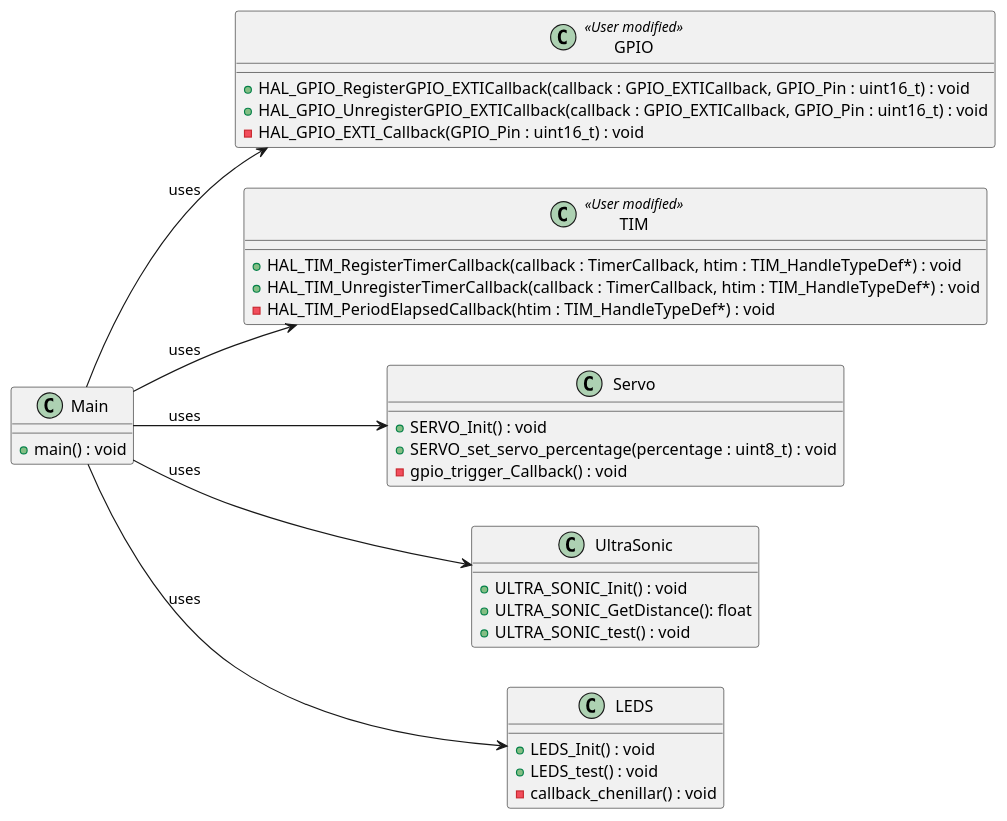
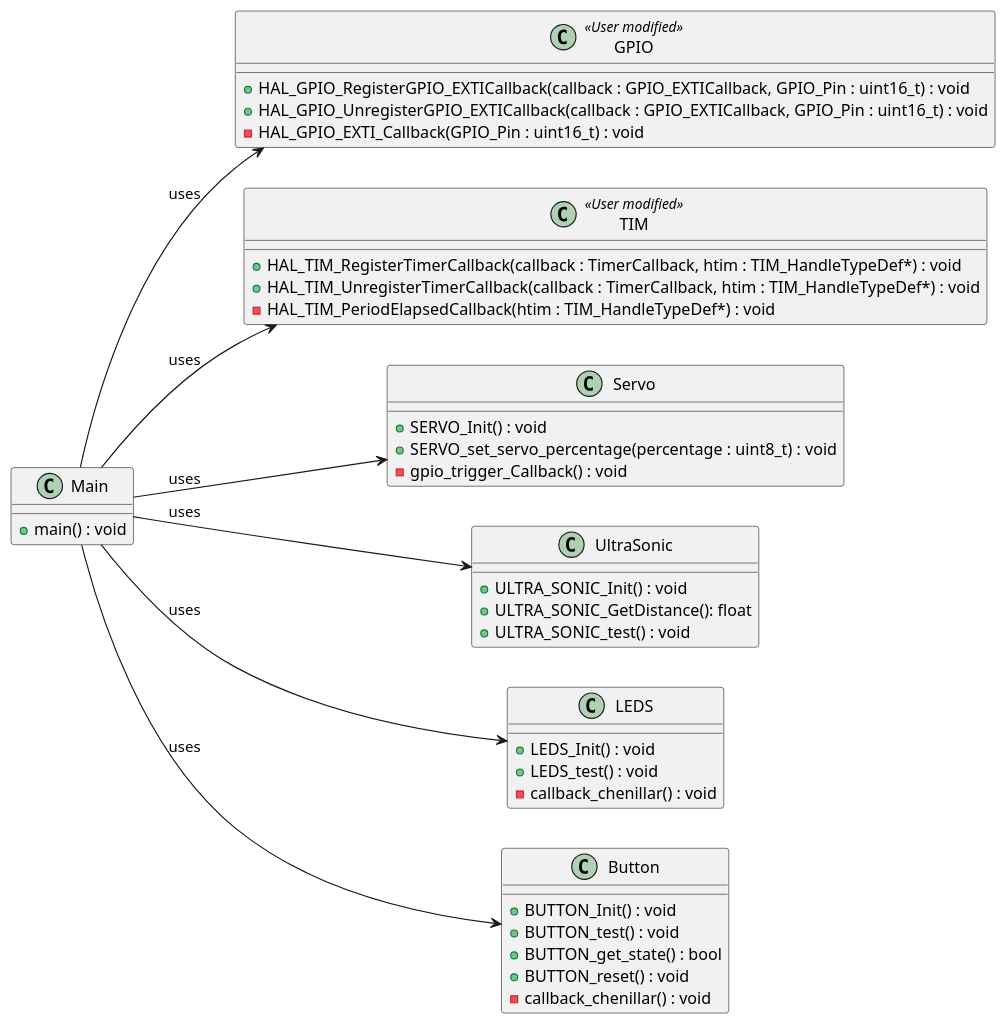
Before and after one commit to LouvAndTech/sensor-to-actuator-class: the diagram in doc/src/diagram/class_diagram.puml, drawn with PlantUML. The commit also changed 12 other files, not shown here.

```diff
--- a/doc/src/diagram/class_diagram.puml
+++ b/doc/src/diagram/class_diagram.puml
@@ -1,47 +1,55 @@
 @startuml class_diagram
 
 left to right direction
 
 
 class Main {
     + main() : void
 }
 
 class GPIO <<User modified>>{
     + HAL_GPIO_RegisterGPIO_EXTICallback(callback : GPIO_EXTICallback, GPIO_Pin : uint16_t) : void
     + HAL_GPIO_UnregisterGPIO_EXTICallback(callback : GPIO_EXTICallback, GPIO_Pin : uint16_t) : void
     - HAL_GPIO_EXTI_Callback(GPIO_Pin : uint16_t) : void
 }
 
 class TIM <<User modified>>{
     + HAL_TIM_RegisterTimerCallback(callback : TimerCallback, htim : TIM_HandleTypeDef*) : void
     + HAL_TIM_UnregisterTimerCallback(callback : TimerCallback, htim : TIM_HandleTypeDef*) : void
     - HAL_TIM_PeriodElapsedCallback(htim : TIM_HandleTypeDef*) : void
 }
 
 class Servo {
     + SERVO_Init() : void
     + SERVO_set_servo_percentage(percentage : uint8_t) : void
     - gpio_trigger_Callback() : void
 }
 
 class UltraSonic {
     + ULTRA_SONIC_Init() : void
     + ULTRA_SONIC_GetDistance(): float
     + ULTRA_SONIC_test() : void
 }
 
 class LEDS {
     + LEDS_Init() : void
     + LEDS_test() : void
     - callback_chenillar() : void
 }
 
+class Button {
+    + BUTTON_Init() : void
+    + BUTTON_test() : void
+    + BUTTON_get_state() : bool
+    + BUTTON_reset() : void
+    - callback_chenillar() : void
+}
+
 Main --> GPIO : uses
 Main --> TIM : uses
 Main --> Servo : uses
 Main --> UltraSonic : uses
 Main --> LEDS : uses
-
+Main --> Button : uses
 
 @enduml
```
